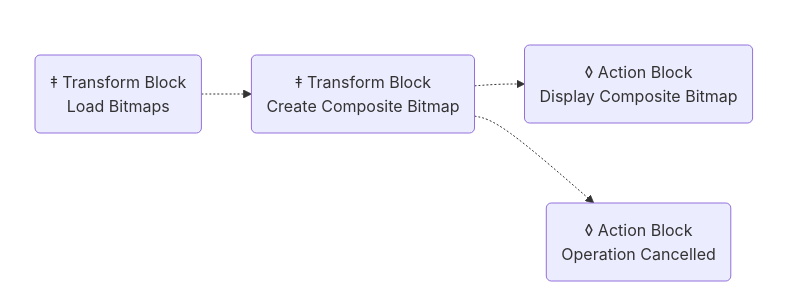
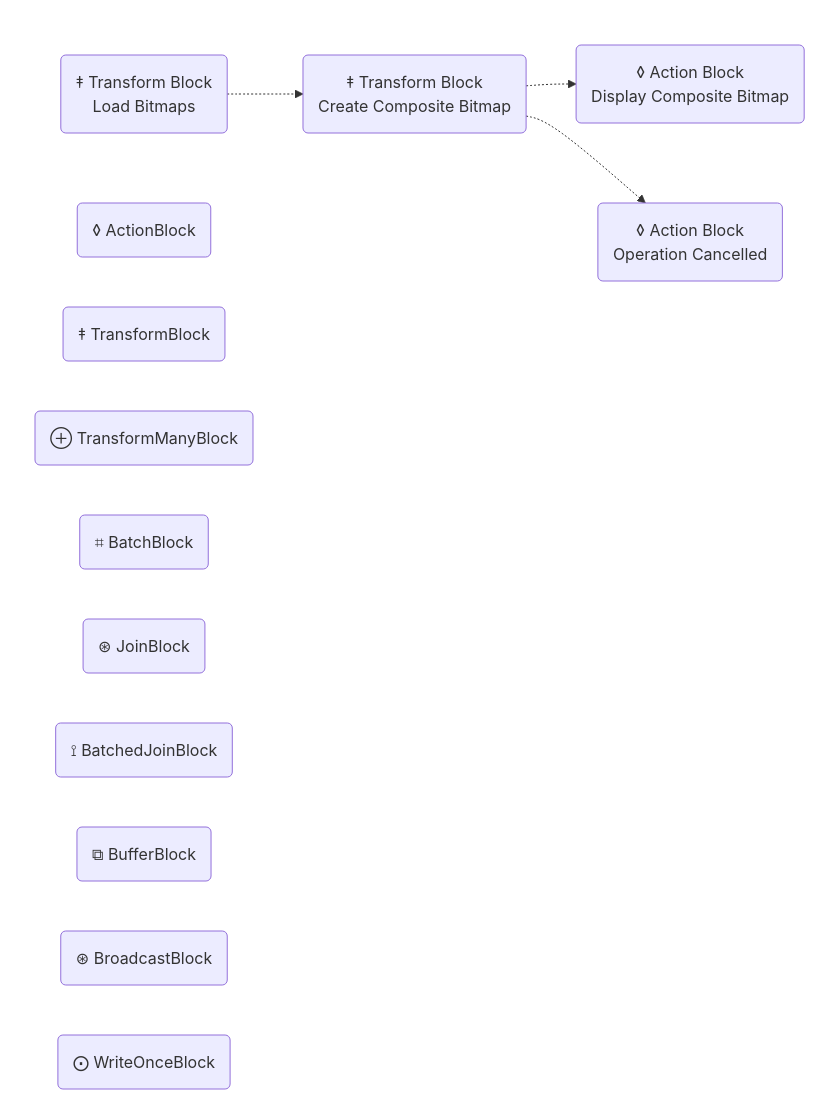
Before and after one commit to MartinRL/TplDataflow: the diagram in CompositeImages/CompositeImages.mmd, drawn with Mermaid.

Commit message:
all nine block types

```diff
--- a/CompositeImages/CompositeImages.mmd
+++ b/CompositeImages/CompositeImages.mmd
@@ -1,17 +1,33 @@
 flowchart LR
     lB("‡ Transform Block\nLoad Bitmaps")
     cCB("‡ Transform Block\nCreate Composite Bitmap")
     dCB("◊ Action Block\nDisplay Composite Bitmap")
     oC("◊ Action Block\nOperation Cancelled")
 
     subgraph main[ ]
         lB
         cCB
         dCB
     end
 
     lB -.-> cCB
     cCB -.-> dCB
     cCB -.-> oC
 
+    %% Execution
+    AB("◊ ActionBlock<T>")
+    TB("‡ TransformBlock<T, U")
+    TMB("⊕ TransformManyBlock<TInput,TOutput>")
+
+    %% Grouping
+    BaB("⌗ BatchBlock<T>")
+    JB("⊛ JoinBlock<T1, T2>")
+    BJB("⟟ BatchedJoinBlock<T1, T2>")
+
+    %% Buffer
+    BB("⧉ BufferBlock<T>")
+    BrB("⊛ BroadcastBlock<T>")
+    WOB("⨀ WriteOnceBlock<T>")
+
+
     style main fill:none,stroke:none
```
